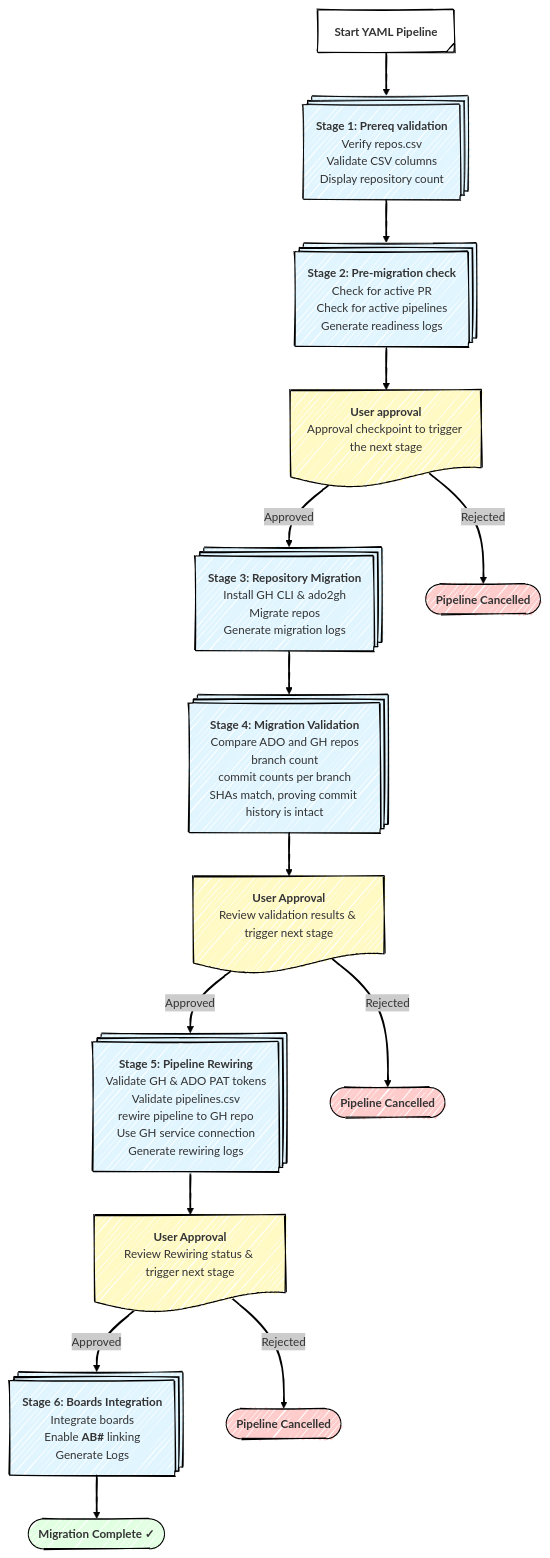
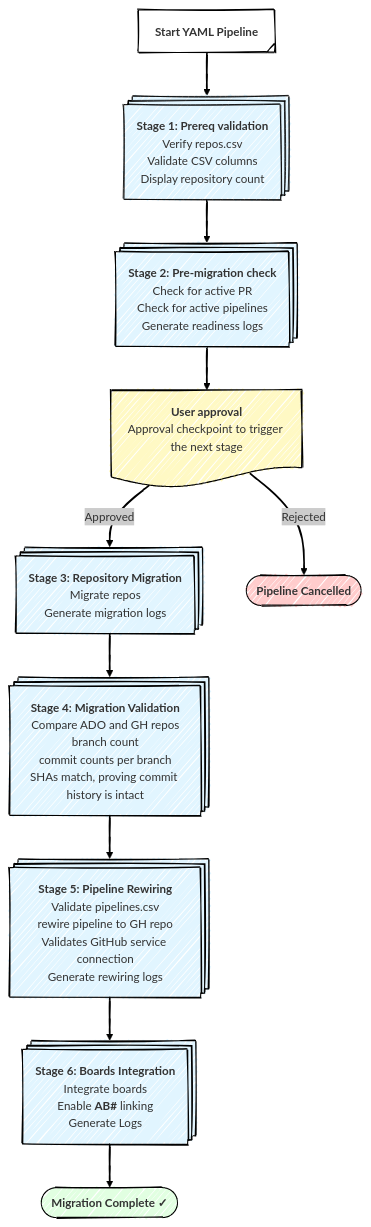
Before and after one commit to vamsicherukuri/ado2gh-ado-pipeline: the diagram in README.md, drawn with Mermaid. The commit also changed other lines of this file and 1 other file, not shown here.

````diff
--- a/README.md
+++ b/README.md
@@ -419,47 +60,37 @@
 ```mermaid
 ---
 config:
   theme: neo
   layout: dagre
   look: handDrawn
 ---
 flowchart TB
     Start["<b>Start YAML Pipeline</b>"] --> Stage1["<b>Stage 1: Prereq validation</b><br>Verify repos.csv<br>Validate CSV columns<br>Display repository count"]
     Stage1 --> Stage2["<b>Stage 2: Pre-migration check</b><br>Check for active PR<br>Check for active pipelines<br>Generate readiness logs"]
     Stage2 --> Gate1["<b>User approval</b><br>Approval checkpoint to trigger the next stage"]
-    Gate1 -- Approved --> Stage3["<b>Stage 3: Repository Migration</b><br>Install GH CLI &amp; ado2gh<br>Migrate repos<br>Generate migration logs"]
+    Gate1 -- Approved --> Stage3["<b>Stage 3: Repository Migration</b><br>Migrate repos<br>Generate migration logs"]
     Gate1 -- Rejected --> End1["<b>Pipeline Cancelled</b>"]
     Stage3 --> Stage4["<b>Stage 4: Migration Validation</b><br>Compare ADO and GH repos<br>branch count<br>commit counts per branch<br>SHAs match, proving commit history is intact"]
-    Stage4 --> Gate2["<b>User Approval</b><br>Review validation results &amp; trigger next stage"]
-    Gate2 -- Approved --> Stage5["<b>Stage 5: Pipeline Rewiring</b><br>Validate GH &amp; ADO PAT tokens<br>Validate pipelines.csv<br>rewire pipeline to GH repo<br>Use GH service connection<br>Generate rewiring logs"]
-    Gate2 -- Rejected --> End2(["<b>Pipeline Cancelled</b>"])
-    Stage5 --> Gate3["<b>User Approval</b><br>Review Rewiring status &amp; trigger next stage"]
-    Gate3 -- Approved --> Stage6["<b>Stage 6: Boards Integration</b><br>Integrate boards<br>Enable <b>AB#</b> linking<br>Generate Logs"]
-    Gate3 -- Rejected --> End3(["<b>Pipeline Cancelled</b>"])
+    Stage4 --> Stage5["<b>Stage 5: Pipeline Rewiring</b><br>Validate pipelines.csv<br>rewire pipeline to GH repo<br>Validates GitHub service connection<br>Generate rewiring logs"]
+    Stage5 --> Stage6["<b>Stage 6: Boards Integration</b><br>Integrate boards<br>Enable <b>AB#</b> linking<br>Generate Logs"]
     Stage6 --> Success(["<b>Migration Complete ✓</b>"])
-
+    
     Start@{ shape: tag-proc}
     Stage1@{ shape: procs}
     Stage2@{ shape: procs}
     Gate1@{ shape: doc}
     Stage3@{ shape: procs}
     End1@{ shape: terminal}
     Stage4@{ shape: procs}
-    Gate2@{ shape: doc}
     Stage5@{ shape: procs}
-    Gate3@{ shape: doc}
     Stage6@{ shape: procs}
     style Stage1 fill:#e1f5ff,stroke-width:1px,stroke-dasharray: 0
     style Stage2 fill:#e1f5ff
     style Gate1 fill:#FFF9C4
     style Stage3 fill:#e1f5ff
     style End1 fill:#ffcccc
     style Stage4 fill:#e1f5ff
-    style Gate2 fill:#FFF9C4
     style Stage5 fill:#e1f5ff
-    style End2 fill:#ffcccc
-    style Gate3 fill:#FFF9C4
     style Stage6 fill:#e1f5ff
-    style End3 fill:#ffcccc
     style Success fill:#e1ffe1
 ```
````
